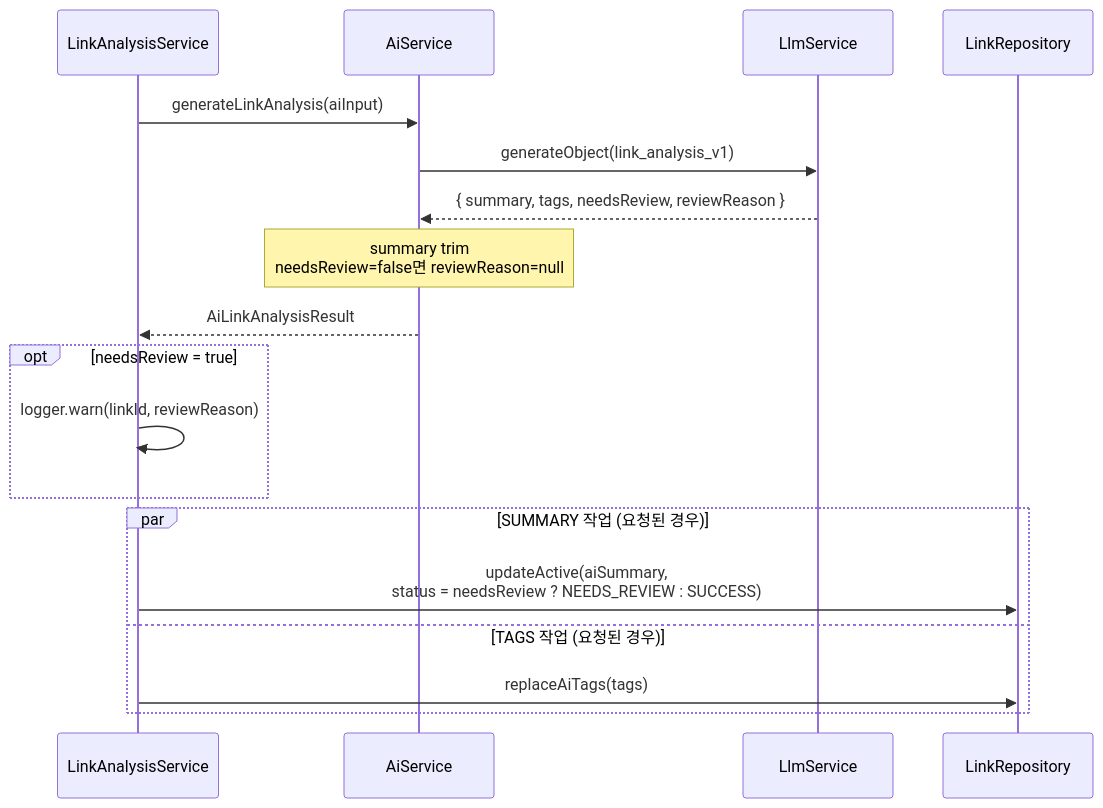
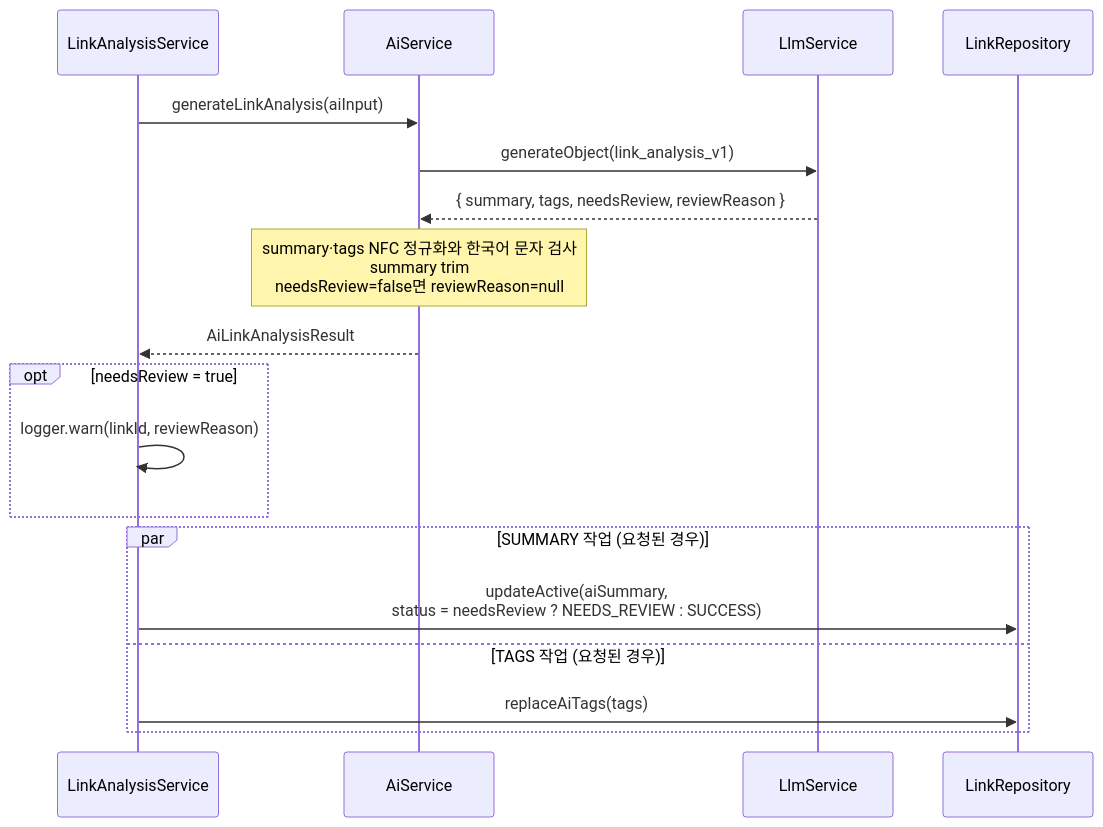
The second of 6 diagrams in docs/ai/link-analysis-single-call.md (mash-up-kr/Promise.9-Server), drawn with Mermaid before and after one commit. The commit also changed 1 other file, not shown here.

Commit message:
docs: AI 요약과 태그의 한국어 문자 검사 규칙 문서화

````diff
--- a/docs/ai/link-analysis-single-call.md
+++ b/docs/ai/link-analysis-single-call.md
@@ -49,23 +49,23 @@
 ```mermaid
 sequenceDiagram
     participant LAS as LinkAnalysisService
     participant AI as AiService
     participant LLM as LlmService
     participant DB as LinkRepository
 
     LAS->>AI: generateLinkAnalysis(aiInput)
     AI->>LLM: generateObject(link_analysis_v1)
     LLM-->>AI: { summary, tags, needsReview, reviewReason }
-    Note over AI: summary trim<br/>needsReview=false면 reviewReason=null
+    Note over AI: summary·tags NFC 정규화와 한국어 문자 검사<br/>summary trim<br/>needsReview=false면 reviewReason=null
     AI-->>LAS: AiLinkAnalysisResult
 
     opt needsReview = true
         LAS->>LAS: logger.warn(linkId, reviewReason)
     end
 
     par SUMMARY 작업 (요청된 경우)
         LAS->>DB: updateActive(aiSummary,<br/>status = needsReview ? NEEDS_REVIEW : SUCCESS)
     and TAGS 작업 (요청된 경우)
         LAS->>DB: replaceAiTags(tags)
     end
 ```
````
